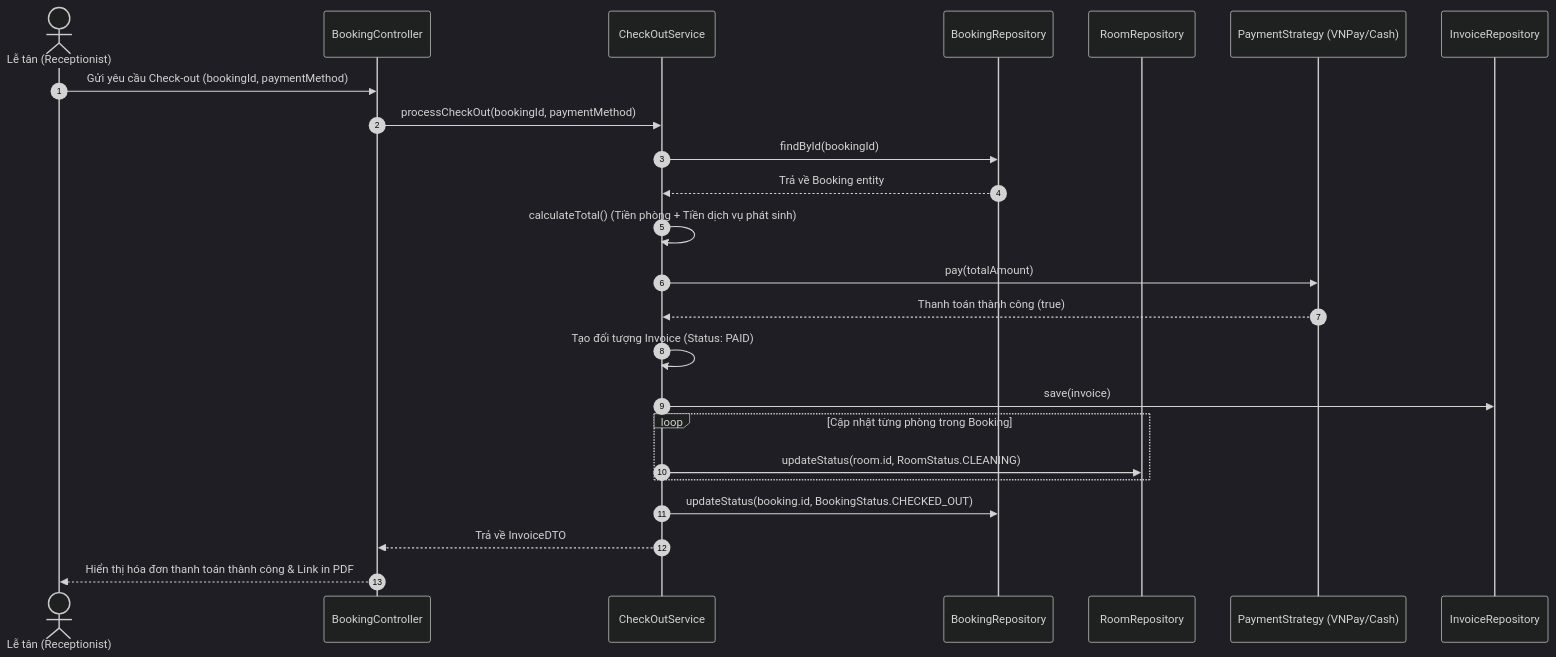
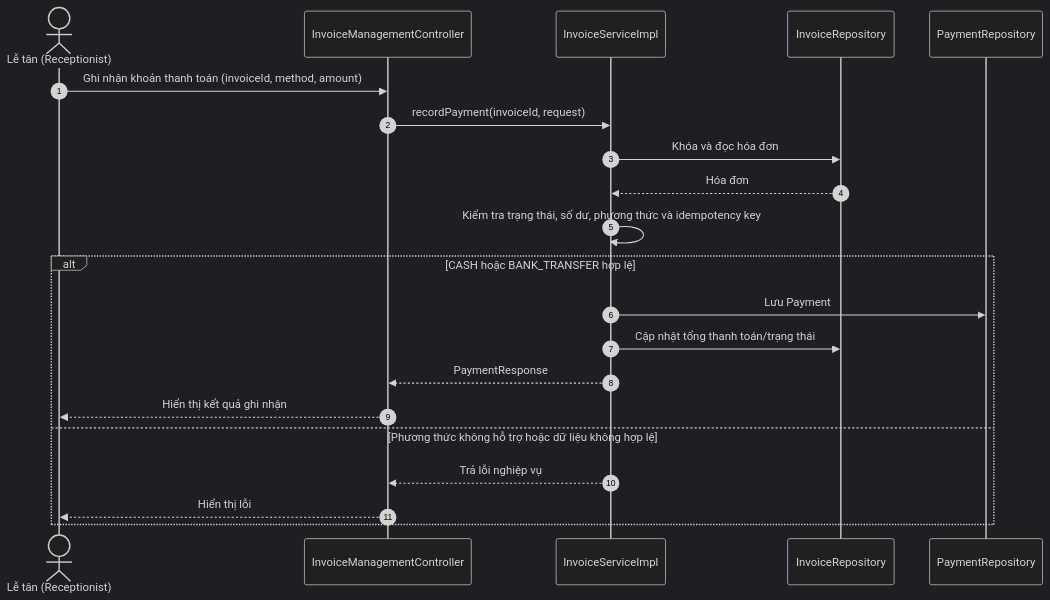
The third of 4 diagrams in docs/hotel_management_uml_design.md (levanhoan-sys/hotel_management), drawn with Mermaid (dark theme) before and after one commit. The commit also changed other lines of this file and 27 other files, not shown here.

````diff
--- a/docs/hotel_management_uml_design.md
+++ b/docs/hotel_management_uml_design.md
@@ -297,34 +273,24 @@
 ```mermaid
 sequenceDiagram
     autonumber
     actor Rec as Lễ tân (Receptionist)
-    participant Ctrl as BookingController
-    participant Svc as CheckOutService
-    participant BRepo as BookingRepository
-    participant RRepo as RoomRepository
-    participant Pay as PaymentStrategy (VNPay/Cash)
+    participant Ctrl as InvoiceManagementController
+    participant Svc as InvoiceServiceImpl
     participant IRepo as InvoiceRepository
+    participant PRepo as PaymentRepository
 
-    Rec ->> Ctrl: Gửi yêu cầu Check-out (bookingId, paymentMethod)
-    Ctrl ->> Svc: processCheckOut(bookingId, paymentMethod)
-    
-    Svc ->> BRepo: findById(bookingId)
-    BRepo -->> Svc: Trả về Booking entity
-    
-    Svc ->> Svc: calculateTotal() (Tiền phòng + Tiền dịch vụ phát sinh)
-    
-    Svc ->> Pay: pay(totalAmount)
-    Pay -->> Svc: Thanh toán thành công (true)
-    
-    Svc ->> Svc: Tạo đối tượng Invoice (Status: PAID)
-    Svc ->> IRepo: save(invoice)
-    
-    loop Cập nhật từng phòng trong Booking
-        Svc ->> RRepo: updateStatus(room.id, RoomStatus.CLEANING)
+    Rec ->> Ctrl: Ghi nhận khoản thanh toán (invoiceId, method, amount)
+    Ctrl ->> Svc: recordPayment(invoiceId, request)
+    Svc ->> IRepo: Khóa và đọc hóa đơn
+    IRepo -->> Svc: Hóa đơn
+    Svc ->> Svc: Kiểm tra trạng thái, số dư, phương thức và idempotency key
+    alt CASH hoặc BANK_TRANSFER hợp lệ
+        Svc ->> PRepo: Lưu Payment
+        Svc ->> IRepo: Cập nhật tổng thanh toán/trạng thái
+        Svc -->> Ctrl: PaymentResponse
+        Ctrl -->> Rec: Hiển thị kết quả ghi nhận
+    else Phương thức không hỗ trợ hoặc dữ liệu không hợp lệ
+        Svc -->> Ctrl: Trả lỗi nghiệp vụ
+        Ctrl -->> Rec: Hiển thị lỗi
     end
-    
-    Svc ->> BRepo: updateStatus(booking.id, BookingStatus.CHECKED_OUT)
-    
-    Svc -->> Ctrl: Trả về InvoiceDTO
-    Ctrl -->> Rec: Hiển thị hóa đơn thanh toán thành công & Link in PDF
 ```
````
